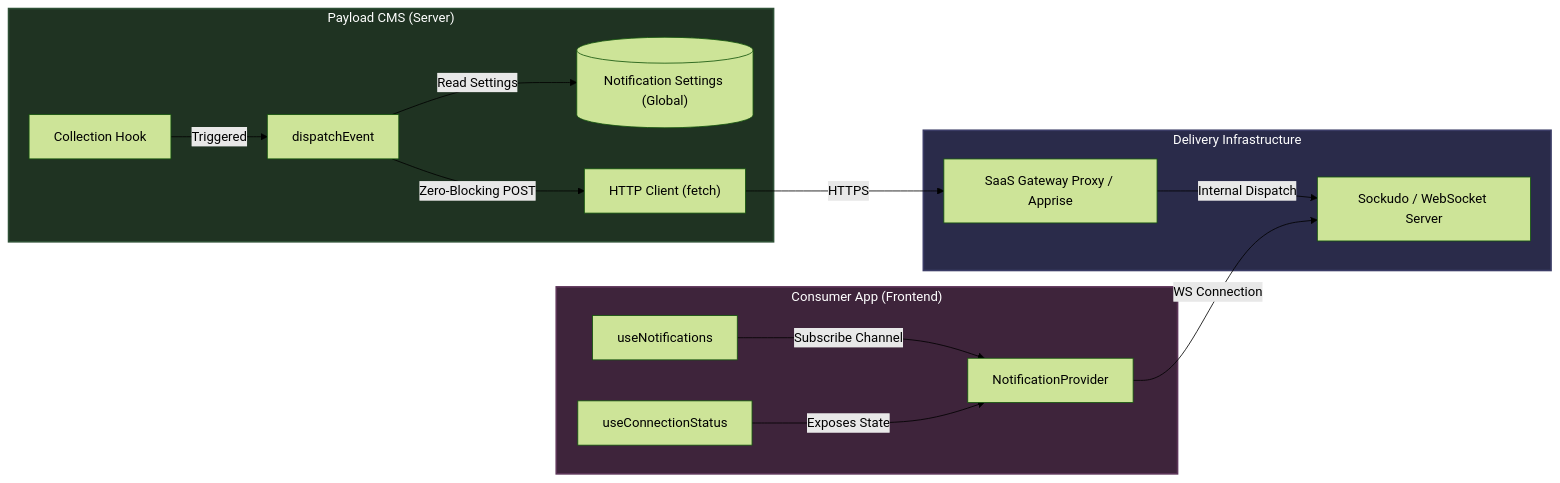
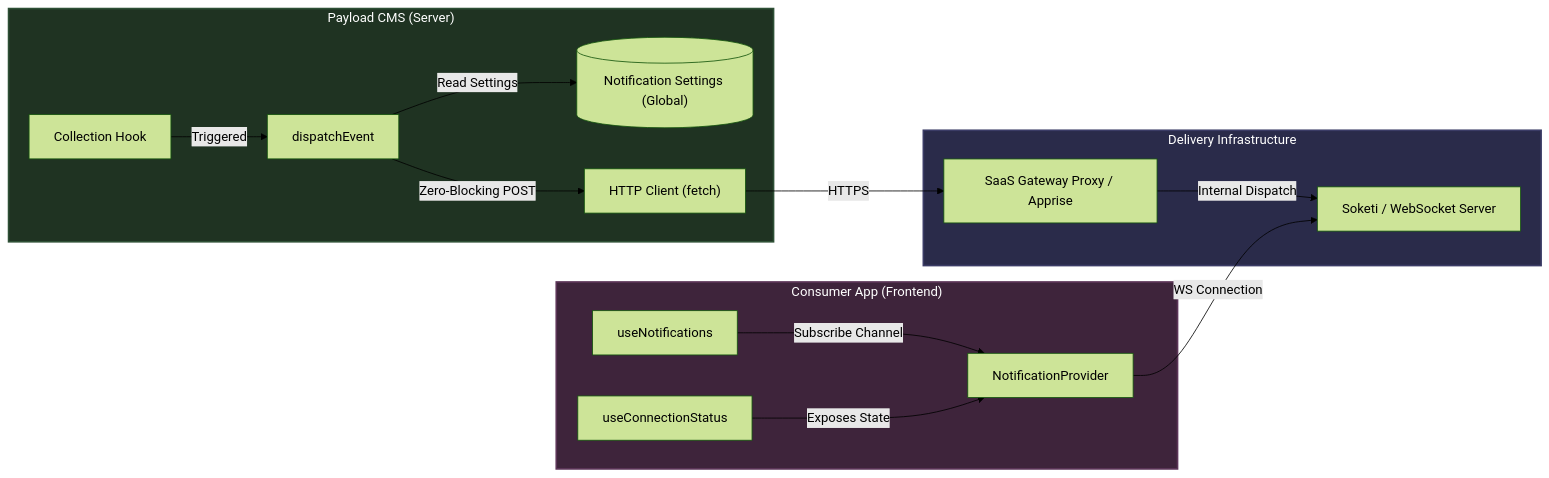
The first of 4 diagrams in docs/architecture.md (levantx-net/payload-plugin-realtime-notifications), drawn with Mermaid (forest theme) before and after one commit. The commit also changed other lines of this file and 10 other files, not shown here.

````diff
--- a/docs/architecture.md
+++ b/docs/architecture.md
@@ -15,23 +15,23 @@
 ```mermaid
 graph LR
     subgraph CMS ["Payload CMS (Server)"]
         A["Collection Hook"] -->|"Triggered"| B["dispatchEvent"]
         B -->|"Read Settings"| C[("Notification Settings (Global)")]
         B -->|"Zero-Blocking POST"| D["HTTP Client (fetch)"]
     end
 
     subgraph Gateway ["Delivery Infrastructure"]
         D -->|"HTTPS"| E["SaaS Gateway Proxy / Apprise"]
-        E -->|"Internal Dispatch"| F["Sockudo / WebSocket Server"]
+        E -->|"Internal Dispatch"| F["Soketi / WebSocket Server"]
     end
 
     subgraph Client ["Consumer App (Frontend)"]
         G["NotificationProvider"] -->|"WS Connection"| F
         H["useNotifications"] -->|"Subscribe Channel"| G
         I["useConnectionStatus"] -->|"Exposes State"| G
     end
 
     style CMS fill:#1f3322,stroke:#2e5036,stroke-width:2px,color:#fff
     style Gateway fill:#2a2b4a,stroke:#3b3c66,stroke-width:2px,color:#fff
     style Client fill:#3e243b,stroke:#5c3558,stroke-width:2px,color:#fff
 ```
````
